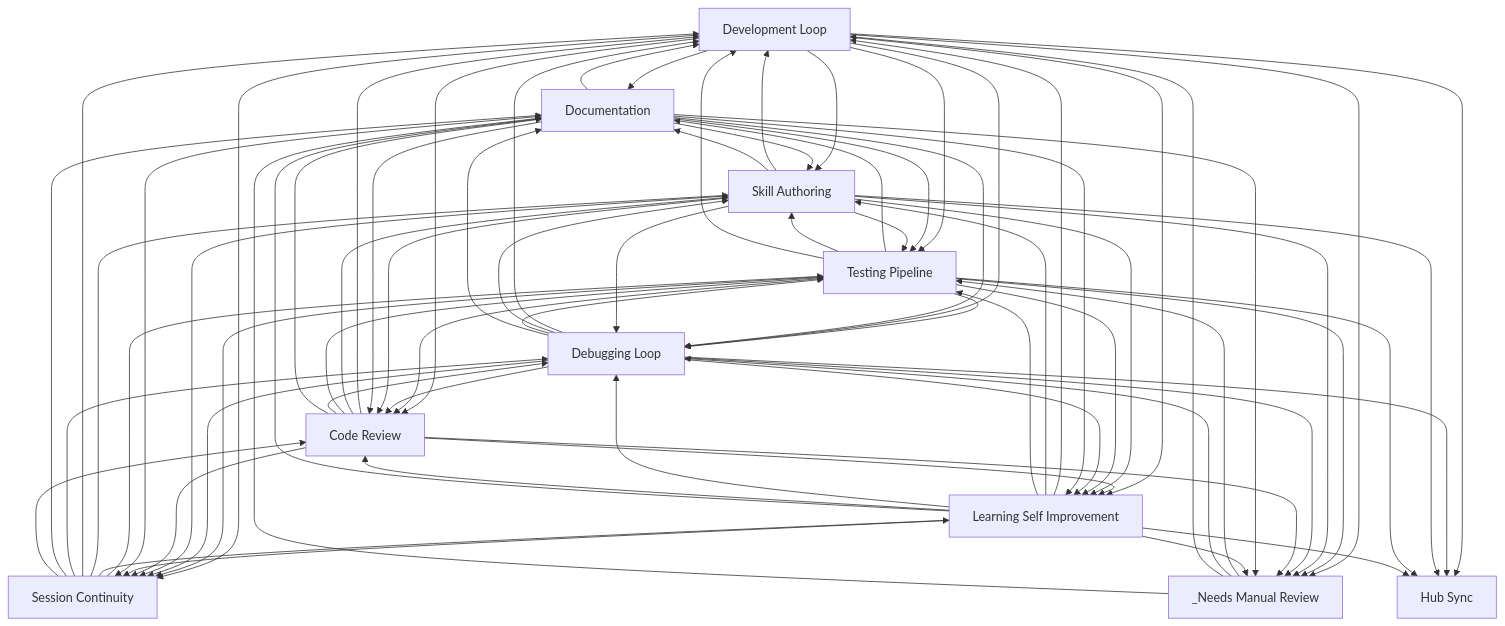
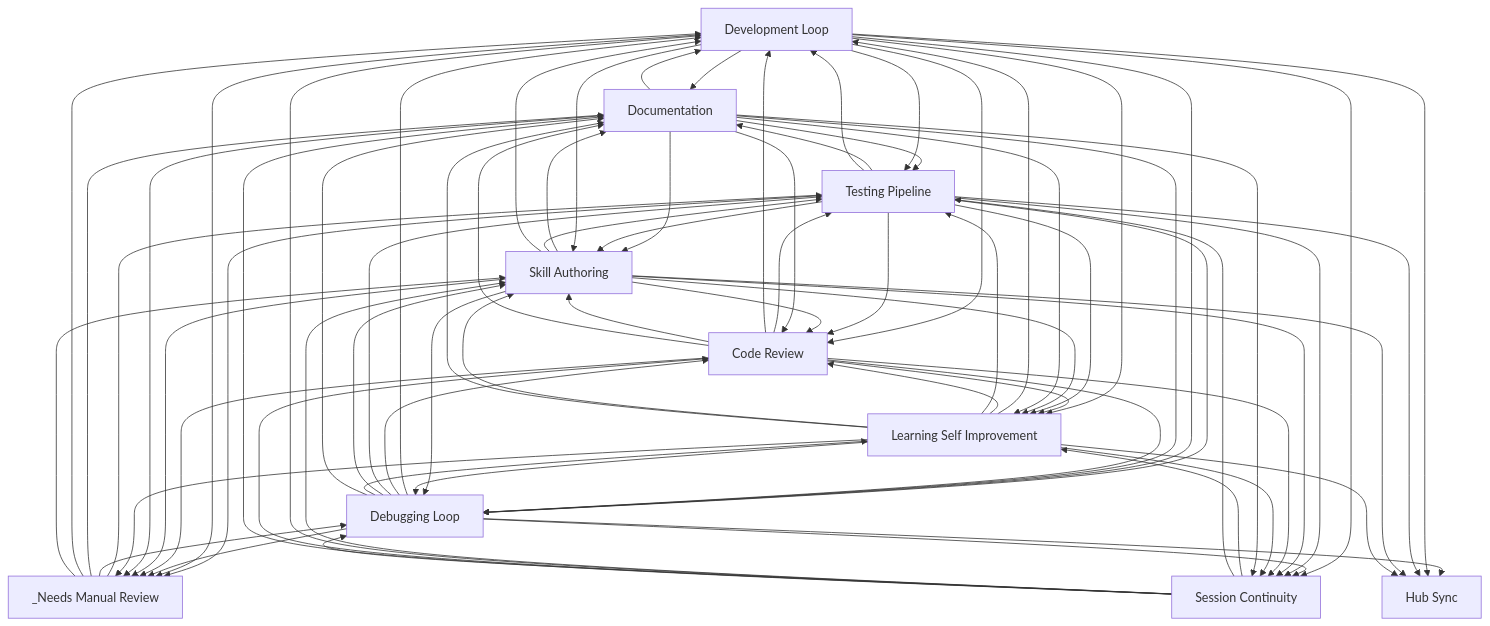
The diagram in docs/workflows/INDEX.md (abhayla/claude-best-practices), drawn with Mermaid before and after one commit. The commit also changed other lines of this file and 12 other files, not shown here.

```diff
--- a/docs/workflows/INDEX.md
+++ b/docs/workflows/INDEX.md
@@ -31,64 +31,65 @@
     documentation[Documentation]
     hub_sync[Hub Sync]
     _needs_manual_review[_Needs Manual Review]
+    testing_pipeline --> documentation
     development_loop --> documentation
-    testing_pipeline --> documentation
+    skill_authoring --> documentation
+    documentation --> testing_pipeline
+    documentation --> skill_authoring
+    testing_pipeline --> skill_authoring
+    development_loop --> testing_pipeline
     development_loop --> skill_authoring
-    development_loop --> testing_pipeline
-    documentation --> skill_authoring
-    documentation --> testing_pipeline
-    testing_pipeline --> skill_authoring
+    skill_authoring --> testing_pipeline
     development_loop --> code_review
+    code_review --> testing_pipeline
     code_review --> development_loop
     code_review --> skill_authoring
-    code_review --> testing_pipeline
     development_loop --> learning_self_improvement
     code_review --> learning_self_improvement
-    skill_authoring --> testing_pipeline
+    testing_pipeline --> debugging_loop
     testing_pipeline --> development_loop
-    testing_pipeline --> debugging_loop
     testing_pipeline --> code_review
     debugging_loop --> development_loop
+    debugging_loop --> code_review
+    debugging_loop --> testing_pipeline
     debugging_loop --> skill_authoring
-    debugging_loop --> testing_pipeline
-    debugging_loop --> code_review
     development_loop --> debugging_loop
     documentation --> development_loop
     skill_authoring --> development_loop
     skill_authoring --> code_review
+    testing_pipeline --> learning_self_improvement
     skill_authoring --> learning_self_improvement
-    testing_pipeline --> learning_self_improvement
+    testing_pipeline --> _needs_manual_review
     development_loop --> _needs_manual_review
-    testing_pipeline --> _needs_manual_review
     documentation --> debugging_loop
     documentation --> code_review
     code_review --> debugging_loop
     code_review --> documentation
+    session_continuity --> learning_self_improvement
+    session_continuity --> testing_pipeline
     development_loop --> session_continuity
-    session_continuity --> testing_pipeline
-    session_continuity --> learning_self_improvement
     _needs_manual_review --> testing_pipeline
-    testing_pipeline --> session_continuity
     debugging_loop --> session_continuity
     debugging_loop --> learning_self_improvement
+    testing_pipeline --> session_continuity
     debugging_loop --> documentation
     documentation --> learning_self_improvement
     skill_authoring --> session_continuity
     skill_authoring --> debugging_loop
     _needs_manual_review --> debugging_loop
+    learning_self_improvement --> debugging_loop
     learning_self_improvement --> development_loop
+    learning_self_improvement --> code_review
+    learning_self_improvement --> testing_pipeline
     learning_self_improvement --> skill_authoring
-    learning_self_improvement --> testing_pipeline
-    learning_self_improvement --> debugging_loop
-    learning_self_improvement --> code_review
+    debugging_loop --> hub_sync
     development_loop --> hub_sync
-    debugging_loop --> hub_sync
-    skill_authoring --> _needs_manual_review
     debugging_loop --> _needs_manual_review
     code_review --> _needs_manual_review
-    skill_authoring --> documentation
+    skill_authoring --> _needs_manual_review
+    _needs_manual_review --> documentation
     _needs_manual_review --> development_loop
-    _needs_manual_review --> documentation
+    _needs_manual_review --> skill_authoring
     code_review --> session_continuity
     learning_self_improvement --> session_continuity
     documentation --> _needs_manual_review
@@ -96,10 +97,10 @@
     learning_self_improvement --> documentation
     session_continuity --> development_loop
     session_continuity --> debugging_loop
+    session_continuity --> code_review
     session_continuity --> documentation
-    session_continuity --> code_review
+    testing_pipeline --> hub_sync
     skill_authoring --> hub_sync
-    testing_pipeline --> hub_sync
     learning_self_improvement --> hub_sync
     learning_self_improvement --> _needs_manual_review
     documentation --> session_continuity
```
